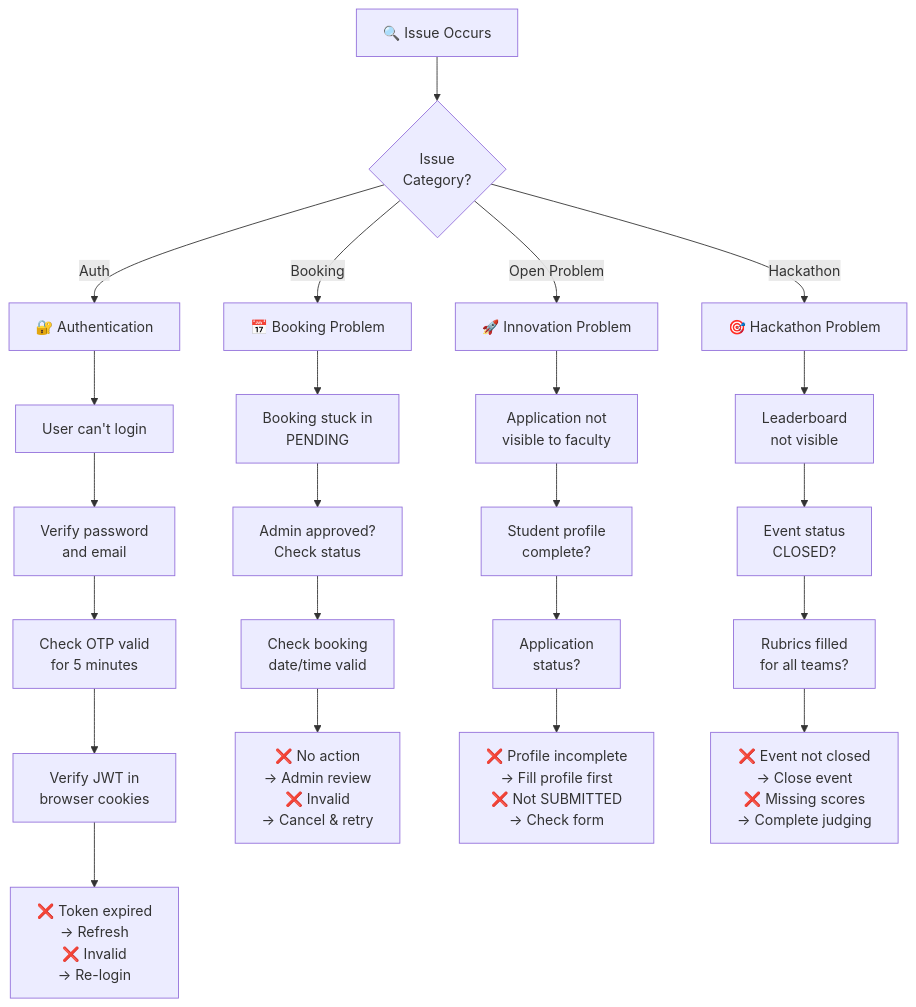
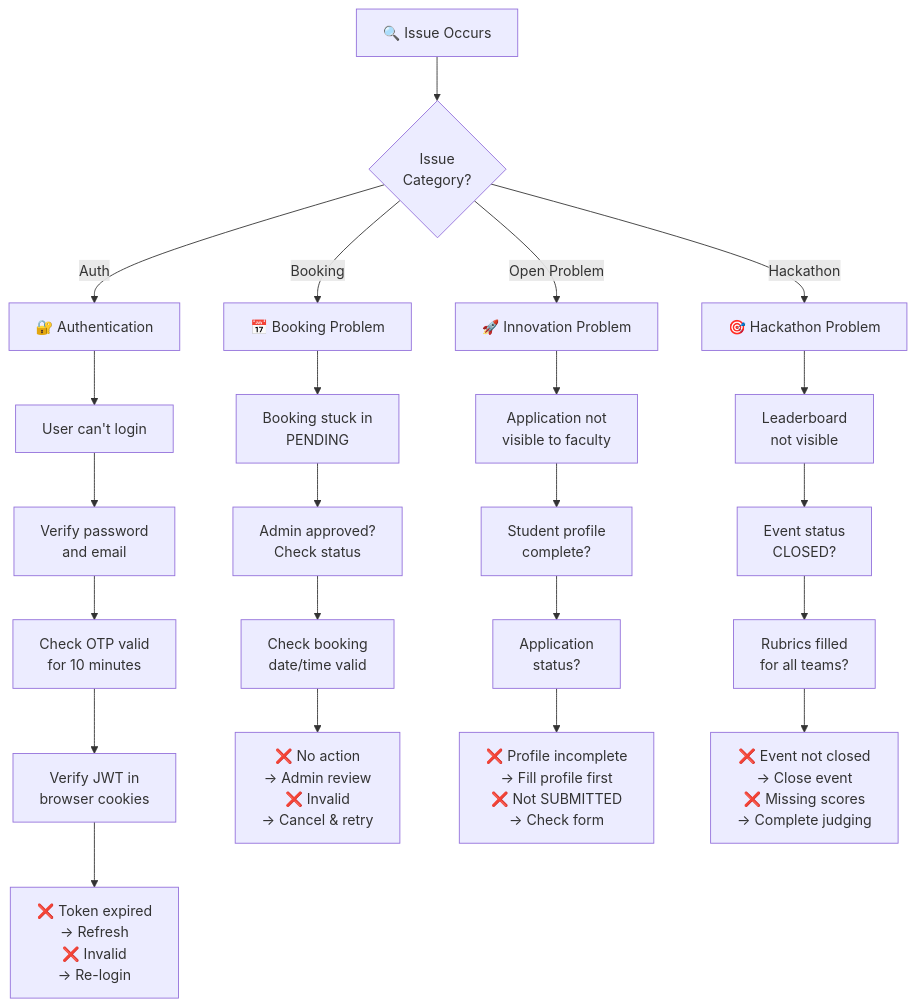
One commit to Newer1107/CoE-Main changed diagram 30 of 36 in README.md. Above: the diagram before and after it, drawn with Mermaid. The commit also changed other lines of this file and 35 other files, not shown here.

````diff
--- a/README.md
+++ b/README.md
@@ -1737,42 +1892,42 @@
 ```mermaid
 graph TD
   START["🔍 Issue Occurs"]
 
   CATEGORY{Issue<br/>Category?}
 
   AUTH_ISSUE["🔐 Authentication"]
   AUTH1["User can't login"]
   AUTH1 --> CHECK_PASS["Verify password<br/>and email"]
-  CHECK_PASS --> CHECK_OTP["Check OTP valid<br/>for 5 minutes"]
+  CHECK_PASS --> CHECK_OTP["Check OTP valid<br/>for 10 minutes"]
   CHECK_OTP --> CHECK_JWT["Verify JWT in<br/>browser cookies"]
   CHECK_JWT --> FIX_AUTH["❌ Token expired<br/>→ Refresh<br/>❌ Invalid<br/>→ Re-login"]
 
   BOOK_ISSUE["📅 Booking Problem"]
   BOOK1["Booking stuck in<br/>PENDING"]
   BOOK1 --> CHECK_ADMIN["Admin approved?<br/>Check status"]
   CHECK_ADMIN --> CHECK_TIME["Check booking<br/>date/time valid"]
   CHECK_TIME --> FIX_BOOK["❌ No action<br/>→ Admin review<br/>❌ Invalid<br/>→ Cancel & retry"]
 
   INNOV_ISSUE["🚀 Innovation Problem"]
   INNOV1["Application not<br/>visible to faculty"]
   INNOV1 --> CHECK_PROFILE["Student profile<br/>complete?"]
   CHECK_PROFILE --> CHECK_SUBMIT["Application<br/>status?"]
   CHECK_SUBMIT --> FIX_INNOV["❌ Profile incomplete<br/>→ Fill profile first<br/>❌ Not SUBMITTED<br/>→ Check form"]
 
   HACK_ISSUE["🎯 Hackathon Problem"]
   HACK1["Leaderboard<br/>not visible"]
   HACK1 --> CHECK_EVENT["Event status<br/>CLOSED?"]
   CHECK_EVENT --> CHECK_SCORES["Rubrics filled<br/>for all teams?"]
   CHECK_SCORES --> FIX_HACK["❌ Event not closed<br/>→ Close event<br/>❌ Missing scores<br/>→ Complete judging"]
 
   START --> CATEGORY
   CATEGORY -->|Auth| AUTH_ISSUE
   CATEGORY -->|Booking| BOOK_ISSUE
   CATEGORY -->|Open Problem| INNOV_ISSUE
   CATEGORY -->|Hackathon| HACK_ISSUE
 
   AUTH_ISSUE --> AUTH1
   BOOK_ISSUE --> BOOK1
   INNOV_ISSUE --> INNOV1
   HACK_ISSUE --> HACK1
 ```
````
